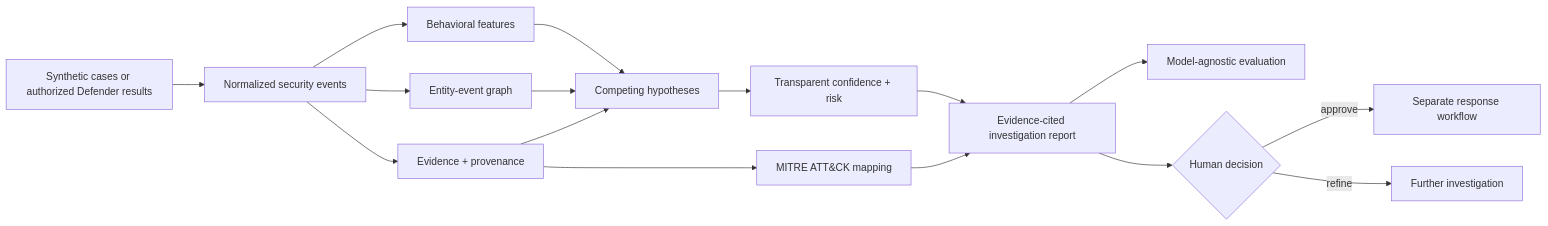
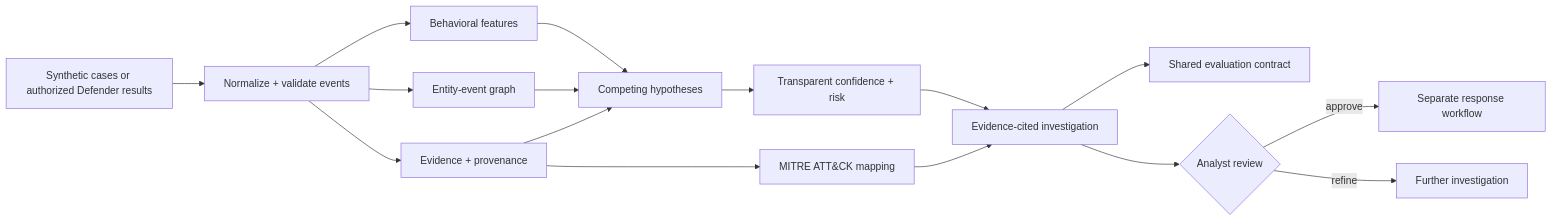
One commit to VinayK88/Agentic-soc-investigator changed the first of 2 diagrams in README.md. Above: the diagram before and after it, drawn with Mermaid. The commit also changed other lines of this file, not shown here.

````diff
--- a/README.md
+++ b/README.md
@@ -68,18 +52,17 @@
 ```mermaid
 flowchart LR
-    SOURCE["Synthetic cases or authorized Defender results"] --> NORMALIZE["Normalized security events"]
-
+    SOURCE["Synthetic cases or authorized Defender results"] --> NORMALIZE["Normalize + validate events"]
     NORMALIZE --> FEATURES["Behavioral features"]
     NORMALIZE --> GRAPH["Entity-event graph"]
     NORMALIZE --> EVIDENCE["Evidence + provenance"]
 
     FEATURES & GRAPH & EVIDENCE --> HYPOTHESES["Competing hypotheses"]
     HYPOTHESES --> SCORE["Transparent confidence + risk"]
     EVIDENCE --> ATTACK["MITRE ATT&CK mapping"]
 
-    SCORE & ATTACK --> REPORT["Evidence-cited investigation report"]
-    REPORT --> EVALUATE["Model-agnostic evaluation"]
-    REPORT --> HUMAN{"Human decision"}
+    SCORE & ATTACK --> REPORT["Evidence-cited investigation"]
+    REPORT --> EVAL["Shared evaluation contract"]
+    REPORT --> HUMAN{"Analyst review"}
     HUMAN -->|approve| RESPONSE["Separate response workflow"]
-    HUMAN -->|refine| REVIEW["Further investigation"]
+    HUMAN -->|refine| LOOP["Further investigation"]
 ```
````
